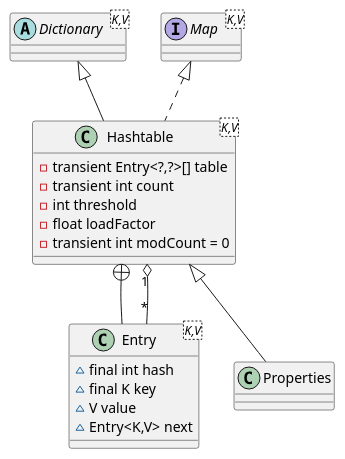
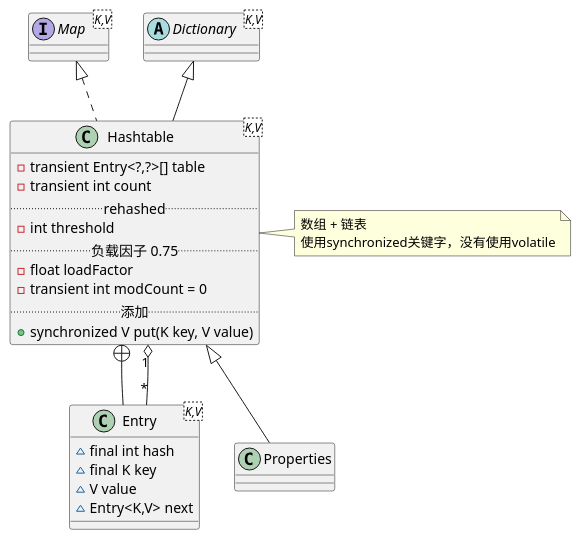
Before and after one commit to onlyonion/development: the diagram in 10-java/src/java/collections/map.HashTable.md, drawn with PlantUML. The commit also changed other lines of this file and 60 other files, not shown here.

````diff
--- a/10-java/src/java/collections/map.HashTable.md
+++ b/10-java/src/java/collections/map.HashTable.md
@@ -10,39 +23,44 @@
 ```plantuml
 @startuml
 
-abstract class Dictionary<K,V> {
+''''''''''''''''''''''''' Map Dictionary ''''''''''''''''''''''''''''''
+interface Map<K,V>
+abstract class Dictionary<K,V>
 
-}
-
-interface Map<K,V> {
-
-}
-
+''''''''''''''''''''''''' Hashtable ''''''''''''''''''''''''''''''
 class Hashtable<K,V> {
     - transient Entry<?,?>[] table
     - transient int count
+    .. rehashed ..
     - int threshold
+    .. 负载因子 0.75 ..
     - float loadFactor
     - transient int modCount = 0
+    .. 添加 ..
+    + synchronized V put(K key, V value)
 }
 
+note right
+数组 + 链表
+使用synchronized关键字，没有使用volatile
+end note
+
+Dictionary <|-- Hashtable
+Map <|.. Hashtable
+
+''''''''''''''''''''''''' Entry ''''''''''''''''''''''''''''''
 class Entry<K,V>{
     ~ final int hash
     ~ final K key
     ~ V value
     ~ Entry<K,V> next
 }
 
 Hashtable +-- Entry
 Hashtable "1" o-- "*" Entry
 
-class Properties {
-
-}
-
-Dictionary <|-- Hashtable
-Map <|.. Hashtable
+class Properties
 Hashtable <|-- Properties
 
 @enduml
 ```
````
